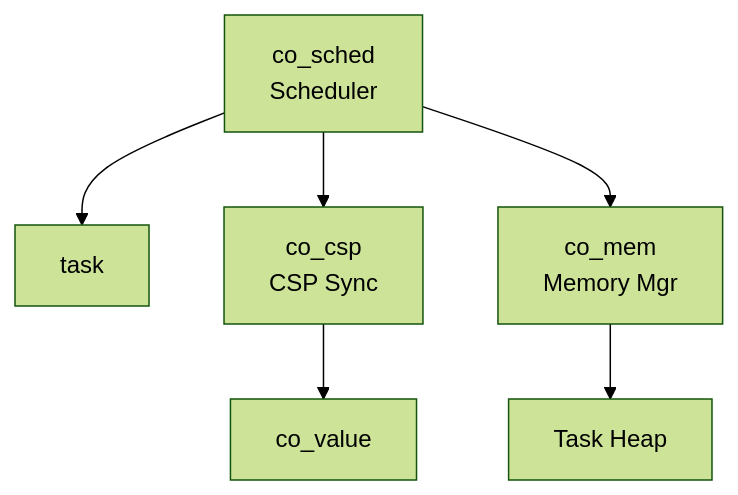
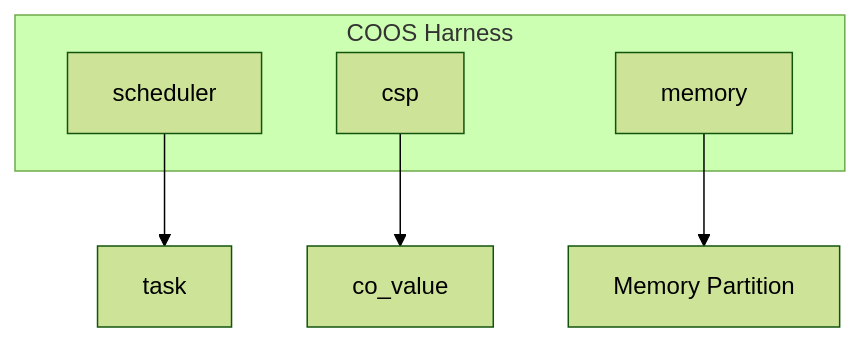
Before and after one commit to kmt-t/fireball: the diagram in docs/orders/components/coos.md, drawn with Mermaid (forest theme). The commit also changed other lines of this file and 22 other files, not shown here.

````diff
--- a/docs/orders/components/coos.md
+++ b/docs/orders/components/coos.md
@@ -18,8 +22,12 @@
 ```mermaid
 graph TD
-    Sched[co_sched<br/>Scheduler] --> TCB[task]
-    Sched --> CSP[co_csp<br/>CSP Sync]
-    Sched --> Mem[co_mem<br/>Memory Mgr]
-    CSP --> Value[co_value]
-    Mem --> Heap[Task Heap]
+    subgraph Harness[COOS Harness]
+        S_IF[scheduler]
+        C_IF[csp]
+        M_IF[memory]
+    end
+    
+    S_IF --> TCB[task]
+    C_IF --> VAL[co_value]
+    M_IF --> PRE[Memory Partition]
 ```
````
